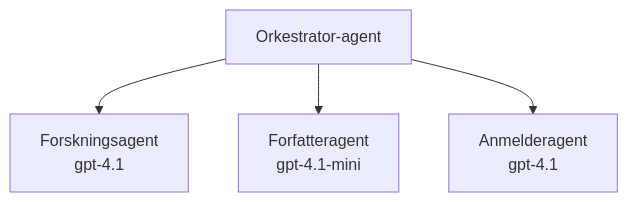
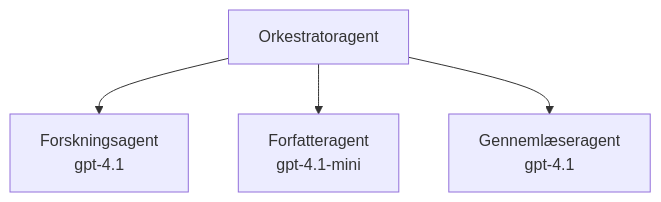
Before and after one commit to microsoft/AZD-for-beginners: the third of 3 diagrams in translations/da/docs/chapter-02-ai-development/agents.md, drawn with Mermaid. The commit also changed other lines of this file and 101 other files, not shown here.

````diff
--- a/translations/da/docs/chapter-02-ai-development/agents.md
+++ b/translations/da/docs/chapter-02-ai-development/agents.md
@@ -189,6 +194,6 @@
 ```mermaid
 graph TD
-    Orchestrator[Orkestrator-agent] --> Research[Forskningsagent<br/>gpt-4.1]
+    Orchestrator[Orkestratoragent] --> Research[Forskningsagent<br/>gpt-4.1]
     Orchestrator --> Writer[Forfatteragent<br/>gpt-4.1-mini]
-    Orchestrator --> Reviewer[Anmelderagent<br/>gpt-4.1]
+    Orchestrator --> Reviewer[Gennemlæseragent<br/>gpt-4.1]
 ```
````
